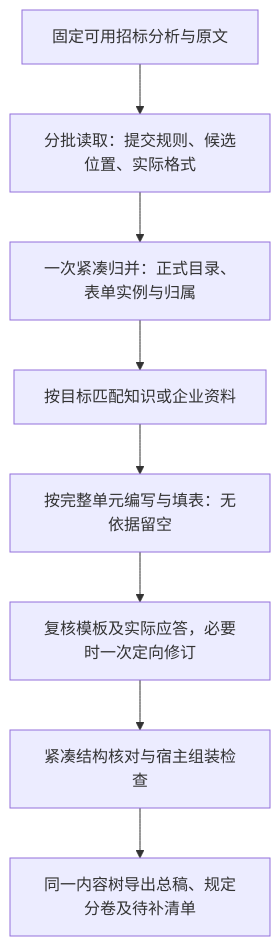
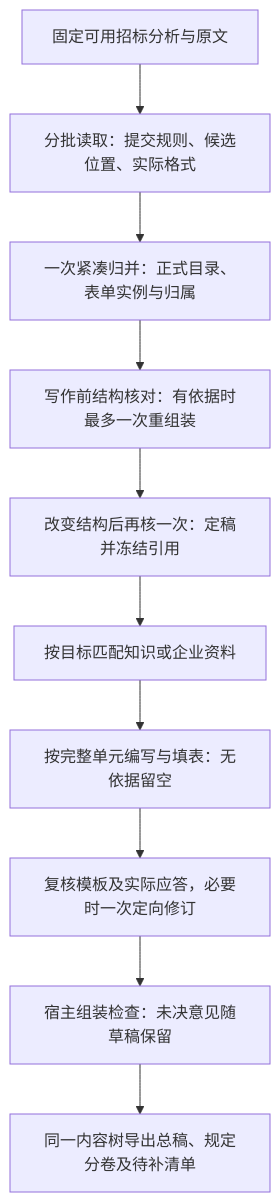
The diagram in docs/design/python-tender-phase1/submission-structure-plan.md (MAQSOODAWANhaha/KnowledgeBrain), drawn with Mermaid before and after one commit. The commit also changed other lines of this file and 41 other files, not shown here.

````diff
--- a/docs/design/python-tender-phase1/submission-structure-plan.md
+++ b/docs/design/python-tender-phase1/submission-structure-plan.md
@@ -38,10 +42,12 @@
 ```mermaid
 flowchart TD
     A[固定可用招标分析与原文] --> B[分批读取：提交规则、候选位置、实际格式]
     B --> C[一次紧凑归并：正式目录、表单实例与归属]
-    C --> D[按目标匹配知识或企业资料]
+    C --> C1[写作前结构核对：有依据时最多一次重组装]
+    C1 --> C2[改变结构后再核一次：定稿并冻结引用]
+    C2 --> D[按目标匹配知识或企业资料]
     D --> E[按完整单元编写与填表：无依据留空]
     E --> F[复核模板及实际应答，必要时一次定向修订]
-    F --> G[紧凑结构核对与宿主组装检查]
+    F --> G[宿主组装检查：未决意见随草稿保留]
     G --> H[同一内容树导出总稿、规定分卷及待补清单]
 ```
````
